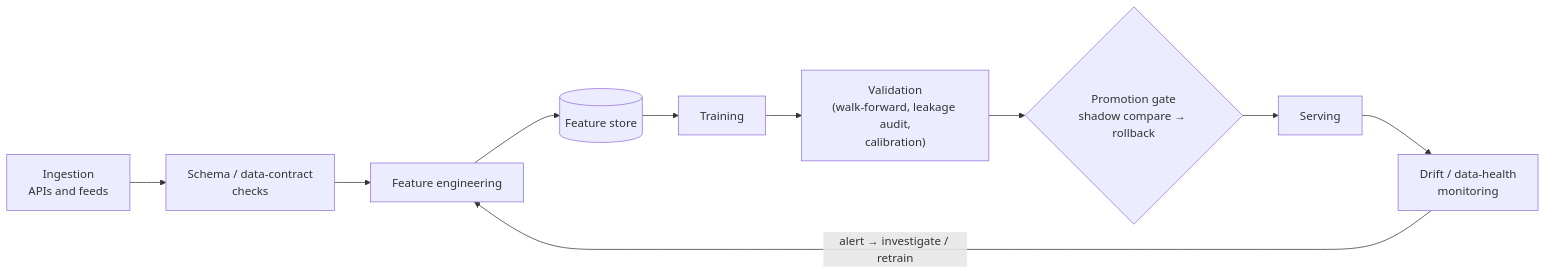
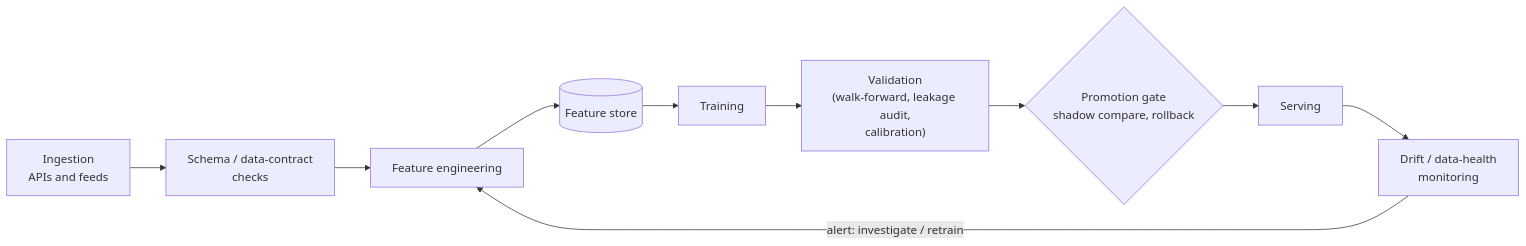
One commit to ballinprestige/ml-engineering-portfolio changed the diagram in README.md. Above: the diagram before and after it, drawn with Mermaid. The commit also changed other lines of this file and 2 other files, not shown here.

Commit message:
Make package installable; fix Python badge and Mermaid rendering
- pyproject: add build-system + setuptools py-modules/package-dir so `pip install -e .` works
- README: Python badge 3.11|3.12 (matches CI matrix); remove unicode arrows from Mermaid
  diagram that can break GitHub rendering
- .gitignore: build artifacts (egg-info/build/dist)

````diff
--- a/README.md
+++ b/README.md
@@ -29,12 +29,12 @@
 ```mermaid
 flowchart LR
     A["Ingestion<br/>APIs and feeds"] --> B["Schema / data-contract<br/>checks"]
     B --> C["Feature engineering"]
     C --> D[("Feature store")]
     D --> E["Training"]
     E --> F["Validation<br/>(walk-forward, leakage audit,<br/>calibration)"]
-    F --> G{"Promotion gate<br/>shadow compare → rollback"}
+    F --> G{"Promotion gate<br/>shadow compare, rollback"}
     G --> H["Serving"]
     H --> I["Drift / data-health<br/>monitoring"]
-    I -->|alert → investigate / retrain| C
+    I -->|"alert: investigate / retrain"| C
 ```
````
